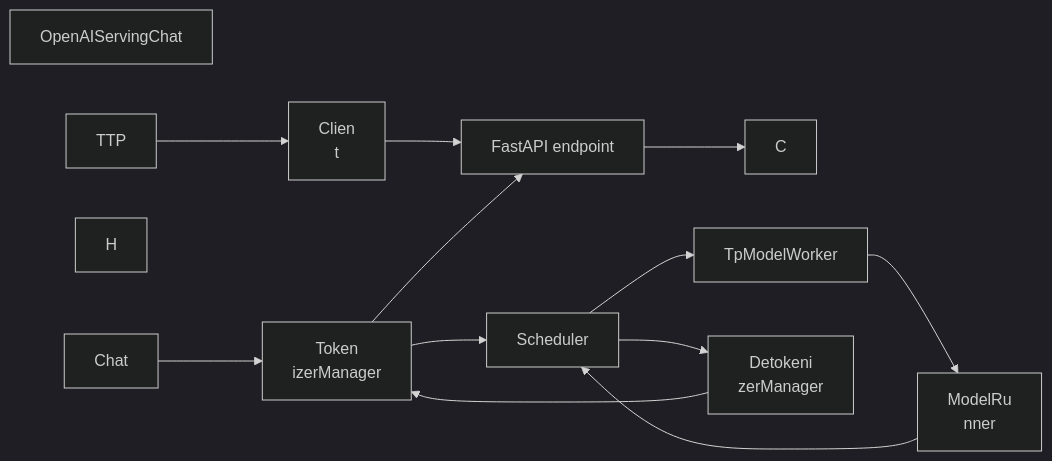
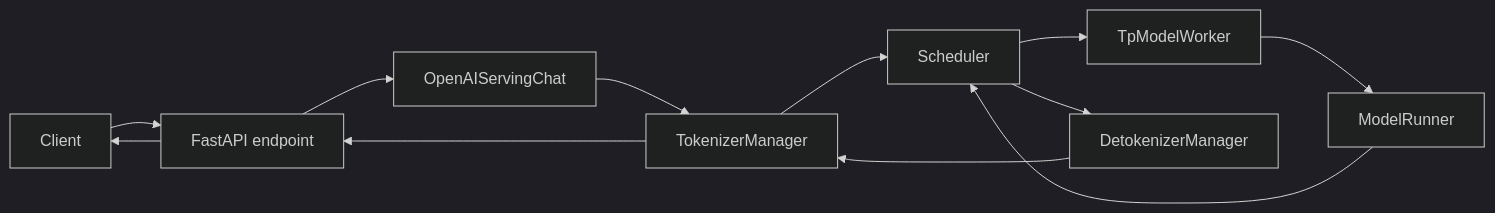
One commit to cl-vv-h/AI_Infra_Tutor_Page changed the first of 6 diagrams in src/data/sglang-content/sglang-source-reading/01-request-lifecycle.md. Above: the diagram before and after it, drawn with Mermaid (dark theme). The commit also changed other lines of this file and 25 other files, not shown here.

Commit message:
Fix markdown rendering with react-markdown, add SGLang knowledge graph

````diff
--- a/src/data/sglang-content/sglang-source-reading/01-request-lifecycle.md
+++ b/src/data/sglang-content/sglang-source-reading/01-request-lifecycle.md
@@ -17,21 +9,14 @@
 ```mermaid
 flowchart LR
-  Client["Clien
-t"] --> HTTP["FastAPI endpoint"]
-  HTTP --> C
-hat["OpenAIServingChat"]
-  Chat --> TM["Token
-izerManager"]
+  Client["Client"] --> HTTP["FastAPI endpoint"]
+  HTTP --> Chat["OpenAIServingChat"]
+  Chat --> TM["TokenizerManager"]
   TM --> SCH["Scheduler"]
-  SCH
- --> TP["TpModelWorker"]
-  TP --> MR["ModelRu
-nner"]
+  SCH --> TP["TpModelWorker"]
+  TP --> MR["ModelRunner"]
   MR --> SCH
-  SCH --> DETOK["Detokeni
-zerManager"]
+  SCH --> DETOK["DetokenizerManager"]
   DETOK --> TM
   TM --> HTTP
-  H
-TTP --> Client
+  HTTP --> Client
 ```
````
